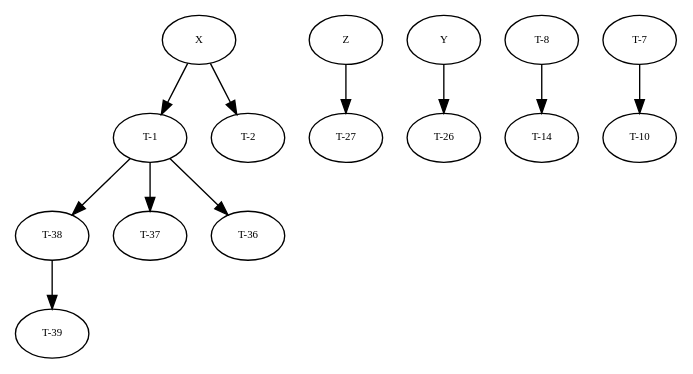
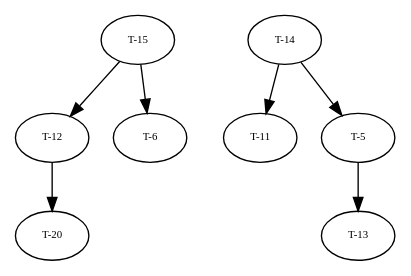
Before and after one commit to amso100/livescript-declarations: the diagram in graphs/dg.dot, drawn with Graphviz. The commit also changed 4 other files, not shown here.

```diff
--- a/graphs/dg.dot
+++ b/graphs/dg.dot
@@ -1,116 +1,65 @@
 digraph RGL__DirectedAdjacencyGraph {
-    "T-38" [
+    "T-12" [
         fontsize = 8,
-        label = "T-38"
+        label = "T-12"
     ]
 
-    "T-39" [
+    "T-20" [
         fontsize = 8,
-        label = "T-39"
+        label = "T-20"
     ]
 
-    "T-1" [
+    "T-15" [
         fontsize = 8,
-        label = "T-1"
-    ]
-
-    "T-37" [
-        fontsize = 8,
-        label = "T-37"
-    ]
-
-    "T-36" [
-        fontsize = 8,
-        label = "T-36"
-    ]
-
-    Z [
-        fontsize = 8,
-        label = Z
-    ]
-
-    "T-27" [
-        fontsize = 8,
-        label = "T-27"
-    ]
-
-    Y [
-        fontsize = 8,
-        label = Y
-    ]
-
-    "T-26" [
-        fontsize = 8,
-        label = "T-26"
-    ]
-
-    "T-8" [
-        fontsize = 8,
-        label = "T-8"
+        label = "T-15"
     ]
 
     "T-14" [
         fontsize = 8,
         label = "T-14"
     ]
 
-    "T-7" [
+    "T-11" [
         fontsize = 8,
-        label = "T-7"
+        label = "T-11"
     ]
 
-    "T-10" [
+    "T-5" [
         fontsize = 8,
-        label = "T-10"
+        label = "T-5"
     ]
 
-    X [
+    "T-13" [
         fontsize = 8,
-        label = X
+        label = "T-13"
     ]
 
-    "T-2" [
+    "T-6" [
         fontsize = 8,
-        label = "T-2"
+        label = "T-6"
     ]
 
-    "T-38" -> "T-39" [
+    "T-12" -> "T-20" [
         fontsize = 8
     ]
 
-    "T-1" -> "T-38" [
+    "T-15" -> "T-12" [
         fontsize = 8
     ]
 
-    "T-1" -> "T-37" [
+    "T-15" -> "T-6" [
         fontsize = 8
     ]
 
-    "T-1" -> "T-36" [
+    "T-14" -> "T-11" [
         fontsize = 8
     ]
 
-    Z -> "T-27" [
+    "T-14" -> "T-5" [
         fontsize = 8
     ]
 
-    Y -> "T-26" [
-        fontsize = 8
-    ]
-
-    "T-8" -> "T-14" [
-        fontsize = 8
-    ]
-
-    "T-7" -> "T-10" [
-        fontsize = 8
-    ]
-
-    X -> "T-2" [
-        fontsize = 8
-    ]
-
-    X -> "T-1" [
+    "T-5" -> "T-13" [
         fontsize = 8
     ]
 }
```
